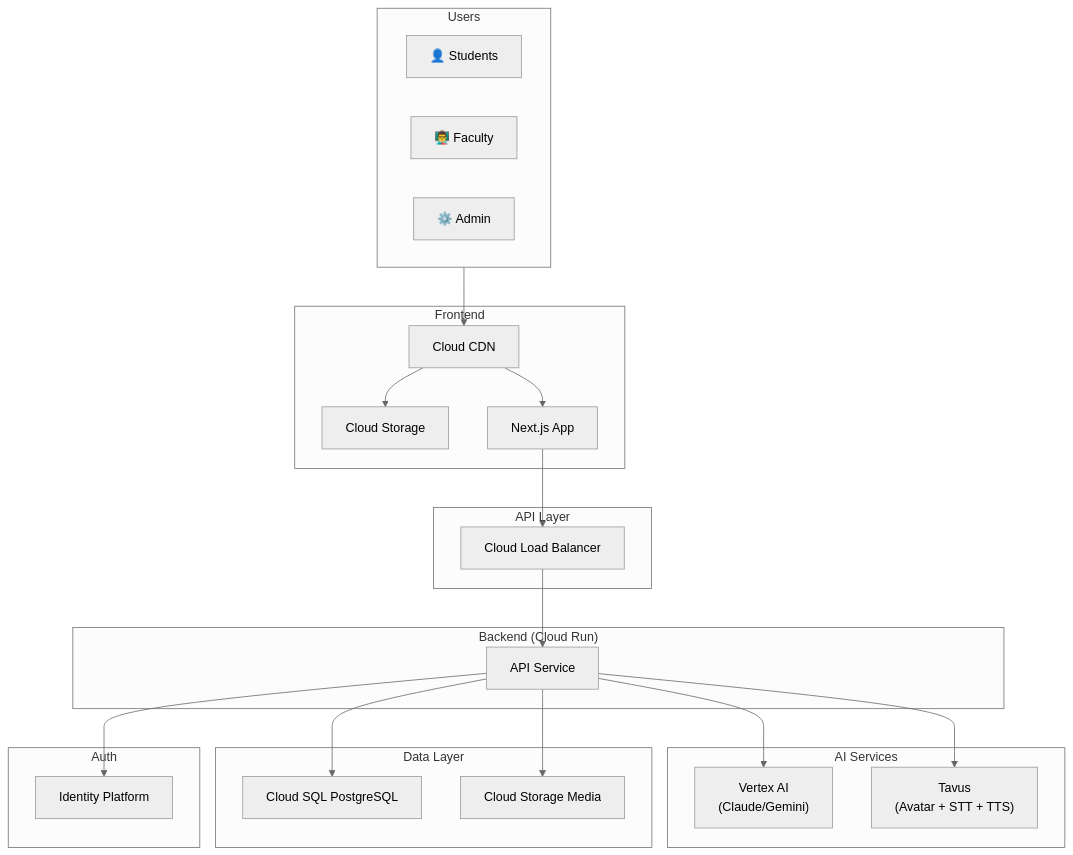
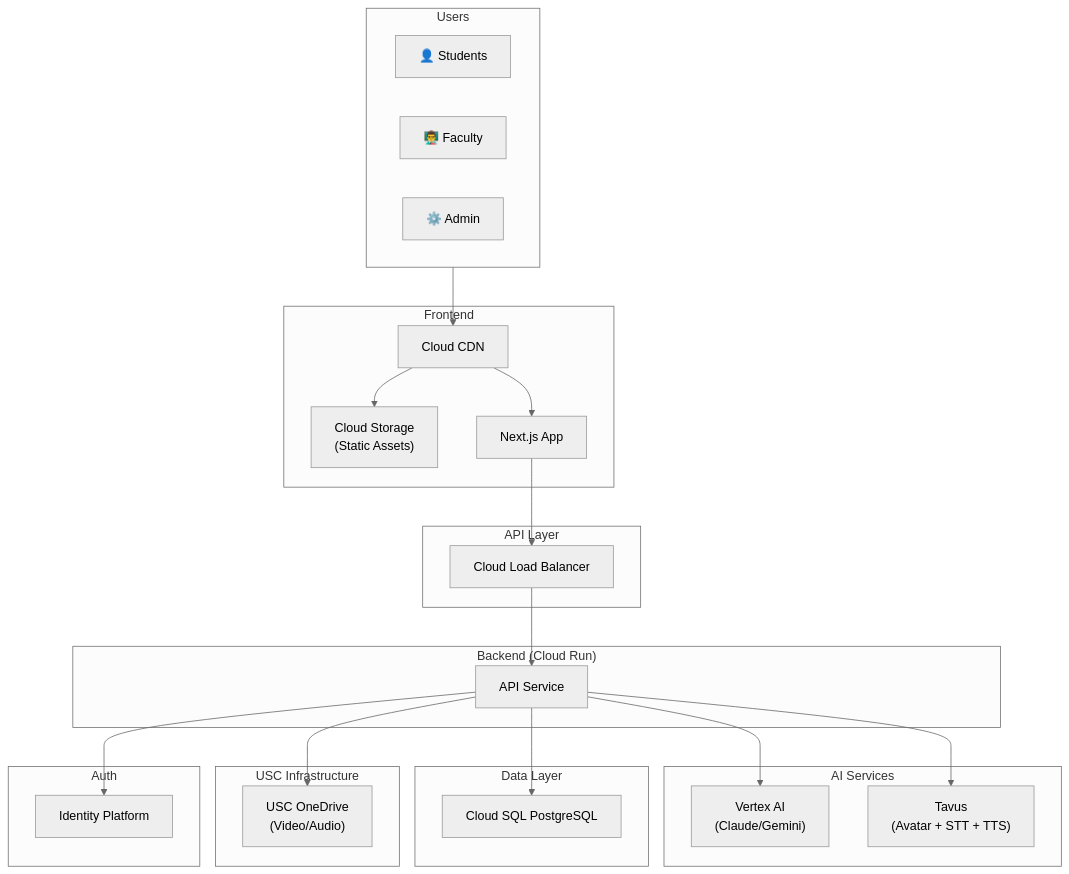
One commit to shkhan-caresync/usc-ai-learning-platform changed the second of 2 diagrams in docs/USC_AI_Platform_Architecture_v2.md. Above: the diagram before and after it, drawn with Mermaid (neutral theme). The commit also changed other lines of this file, not shown here.

Commit message:
Addign one drive

````diff
--- a/docs/USC_AI_Platform_Architecture_v2.md
+++ b/docs/USC_AI_Platform_Architecture_v2.md
@@ -835,49 +846,52 @@
 ```mermaid
 flowchart TB
     subgraph Users["Users"]
         Student["👤 Students"]
         Faculty["👨‍🏫 Faculty"]
         Admin["⚙️ Admin"]
     end
 
     subgraph Frontend["Frontend"]
         CDN["Cloud CDN"]
-        GCS["Cloud Storage"]
+        GCS["Cloud Storage\n(Static Assets)"]
         NextJS["Next.js App"]
     end
 
     subgraph API["API Layer"]
         LB["Cloud Load Balancer"]
     end
 
     subgraph Backend["Backend (Cloud Run)"]
         APISvc["API Service"]
     end
 
     subgraph AI["AI Services"]
         Vertex["Vertex AI\n(Claude/Gemini)"]
         Tavus["Tavus\n(Avatar + STT + TTS)"]
     end
 
     subgraph Data["Data Layer"]
         CloudSQL["Cloud SQL PostgreSQL"]
-        GCSMedia["Cloud Storage Media"]
+    end
+
+    subgraph USC["USC Infrastructure"]
+        OneDrive["USC OneDrive\n(Video/Audio)"]
     end
 
     subgraph Auth["Auth"]
         Firebase["Identity Platform"]
     end
 
     Users --> CDN
     CDN --> GCS
     CDN --> NextJS
     
     NextJS --> LB
     LB --> APISvc
     
     APISvc --> Firebase
     APISvc --> Vertex
     APISvc --> Tavus
     APISvc --> CloudSQL
-    APISvc --> GCSMedia
+    APISvc --> OneDrive
 ```
````
